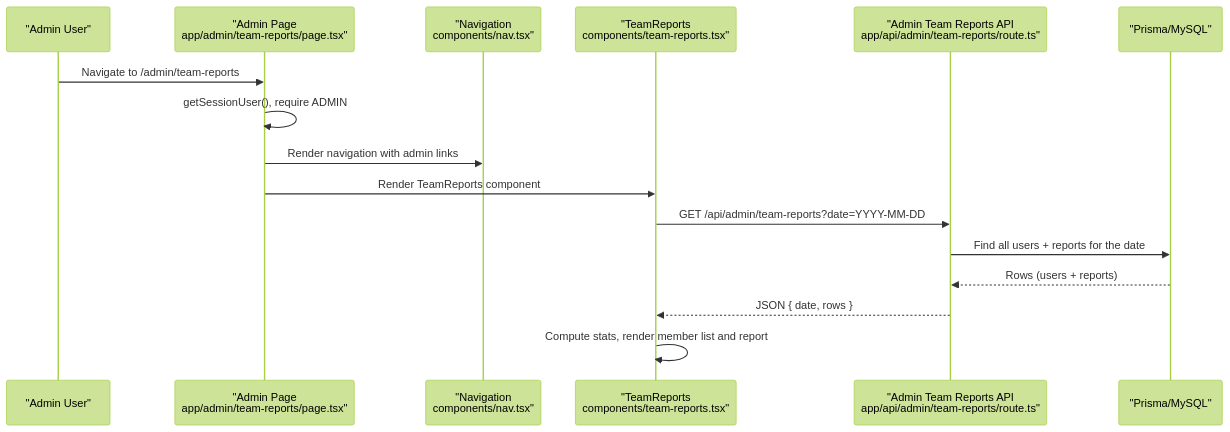
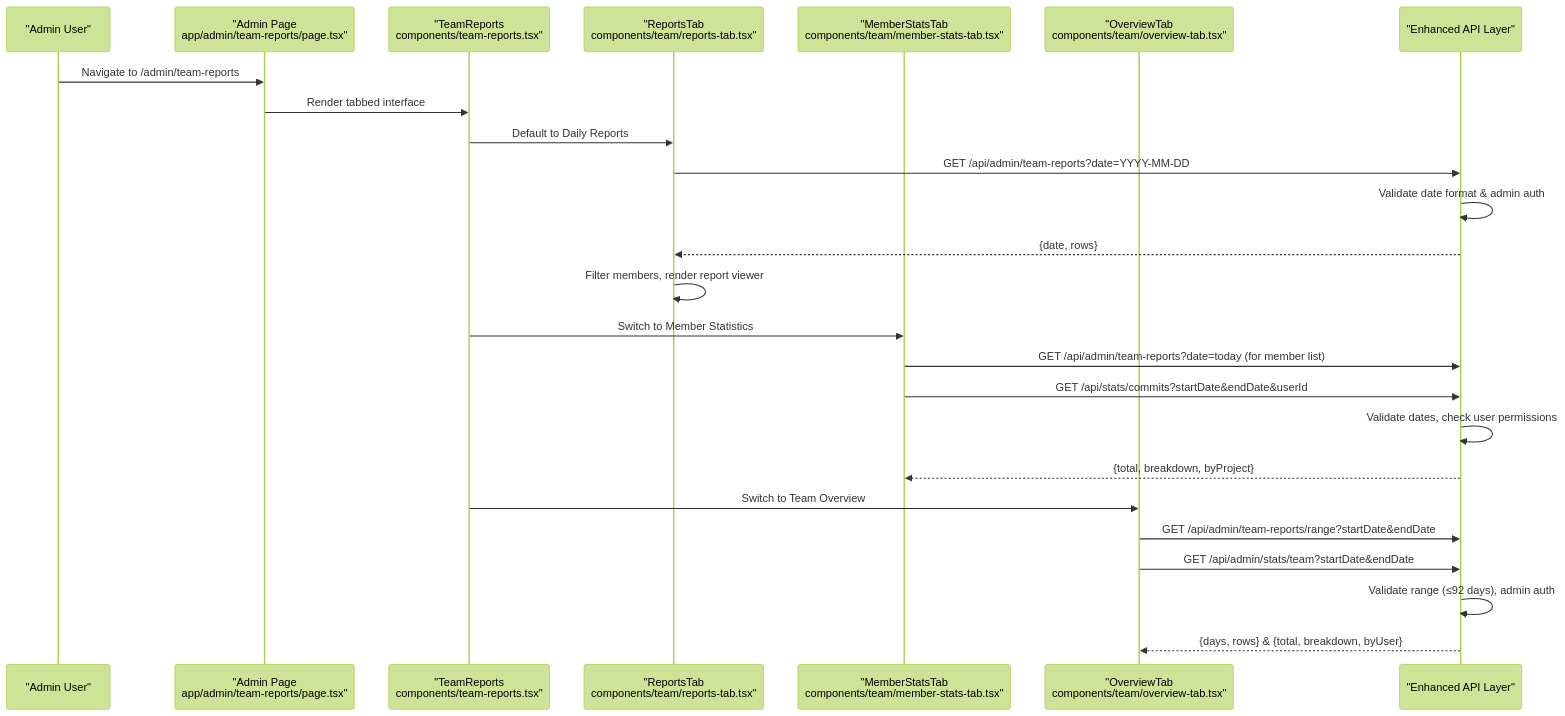
The second of 8 diagrams in .qoder/repowiki/en/content/Admin Features/Team Report Monitoring.md (jrj444/git-daily), drawn with Mermaid (forest theme) before and after one commit. The commit also changed other lines of this file and 8 other files, not shown here.

````diff
--- a/.qoder/repowiki/en/content/Admin Features/Team Report Monitoring.md
+++ b/.qoder/repowiki/en/content/Admin Features/Team Report Monitoring.md
@@ -108,18 +168,27 @@
 ```mermaid
 sequenceDiagram
 participant Admin as "Admin User"
 participant Page as "Admin Page<br/>app/admin/team-reports/page.tsx"
-participant Nav as "Navigation<br/>components/nav.tsx"
-participant Comp as "TeamReports<br/>components/team-reports.tsx"
-participant API as "Admin Team Reports API<br/>app/api/admin/team-reports/route.ts"
-participant DB as "Prisma/MySQL"
+participant Tabs as "TeamReports<br/>components/team-reports.tsx"
+participant ReportsTab as "ReportsTab<br/>components/team/reports-tab.tsx"
+participant MemberStatsTab as "MemberStatsTab<br/>components/team/member-stats-tab.tsx"
+participant OverviewTab as "OverviewTab<br/>components/team/overview-tab.tsx"
+participant API as "Enhanced API Layer"
 Admin->>Page : Navigate to /admin/team-reports
-Page->>Page : getSessionUser(), require ADMIN
-Page->>Nav : Render navigation with admin links
-Page->>Comp : Render TeamReports component
-Comp->>API : GET /api/admin/team-reports?date=YYYY-MM-DD
-API->>DB : Find all users + reports for the date
-DB-->>API : Rows (users + reports)
-API-->>Comp : JSON { date, rows }
-Comp->>Comp : Compute stats, render member list and report
+Page->>Tabs : Render tabbed interface
+Tabs->>ReportsTab : Default to Daily Reports
+ReportsTab->>API : GET /api/admin/team-reports?date=YYYY-MM-DD
+API->>API : Validate date format & admin auth
+API-->>ReportsTab : {date, rows}
+ReportsTab->>ReportsTab : Filter members, render report viewer
+Tabs->>MemberStatsTab : Switch to Member Statistics
+MemberStatsTab->>API : GET /api/admin/team-reports?date=today (for member list)
+MemberStatsTab->>API : GET /api/stats/commits?startDate&endDate&userId
+API->>API : Validate dates, check user permissions
+API-->>MemberStatsTab : {total, breakdown, byProject}
+Tabs->>OverviewTab : Switch to Team Overview
+OverviewTab->>API : GET /api/admin/team-reports/range?startDate&endDate
+OverviewTab->>API : GET /api/admin/stats/team?startDate&endDate
+API->>API : Validate range (≤92 days), admin auth
+API-->>OverviewTab : {days, rows} & {total, breakdown, byUser}
 ```
````
